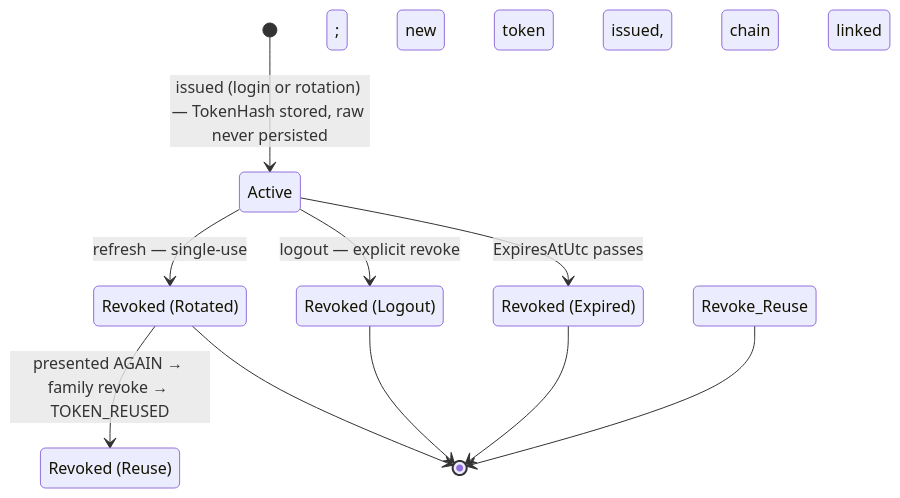
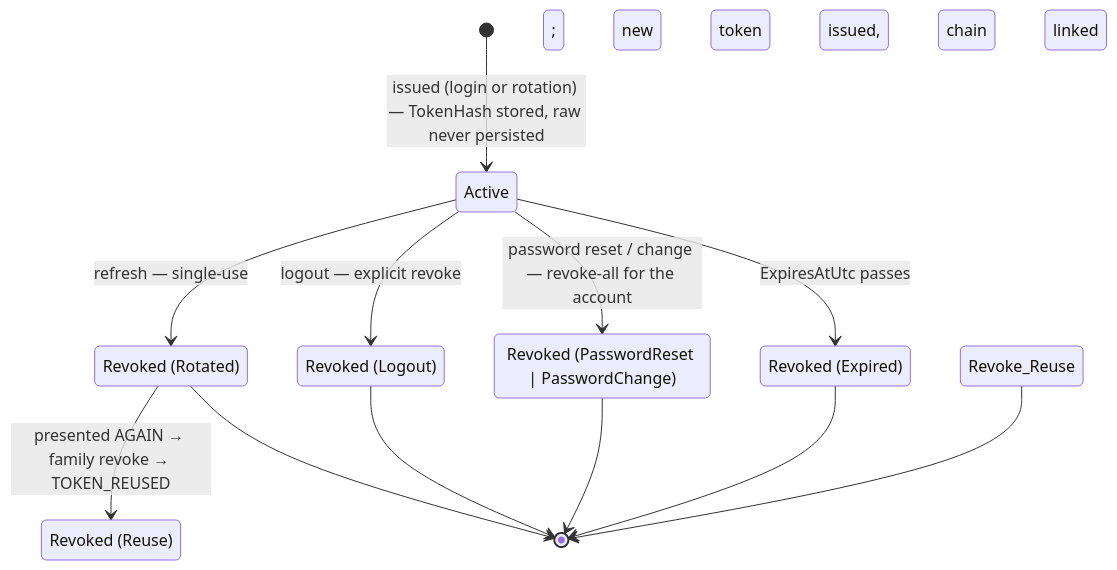
The eighth of 9 diagrams in docs/11-StateMachines.md (TEDx-Website/Core), drawn with Mermaid before and after one commit. The commit also changed other lines of this file and 12 other files, not shown here.

````diff
--- a/docs/11-StateMachines.md
+++ b/docs/11-StateMachines.md
@@ -186,16 +186,19 @@
 ```mermaid
 stateDiagram-v2
     [*] --> Active : issued (login or rotation) — TokenHash stored, raw never persisted
     Active --> Revoked_Rotated : refresh — single-use; new token issued, chain linked
     Active --> Revoked_Logout : logout — explicit revoke
+    Active --> Revoked_PasswordSet : password reset / change — revoke-all for the account
     Active --> Revoked_Expired : ExpiresAtUtc passes
     Revoked_Rotated --> Revoked_Reuse : presented AGAIN → family revoke → TOKEN_REUSED
     Revoked_Rotated --> [*]
     Revoked_Logout --> [*]
+    Revoked_PasswordSet --> [*]
     Revoked_Expired --> [*]
     Revoke_Reuse --> [*]
     state "Revoked (Rotated)" as Revoked_Rotated
     state "Revoked (Logout)" as Revoked_Logout
+    state "Revoked (PasswordReset | PasswordChange)" as Revoked_PasswordSet
     state "Revoked (Expired)" as Revoked_Expired
     state "Revoked (Reuse)" as Revoked_Reuse
 ```
````
